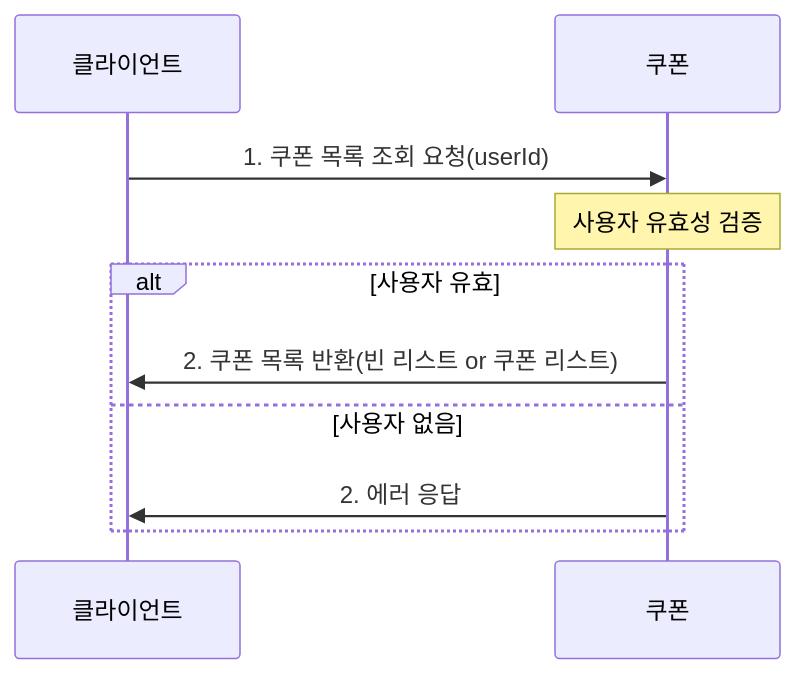
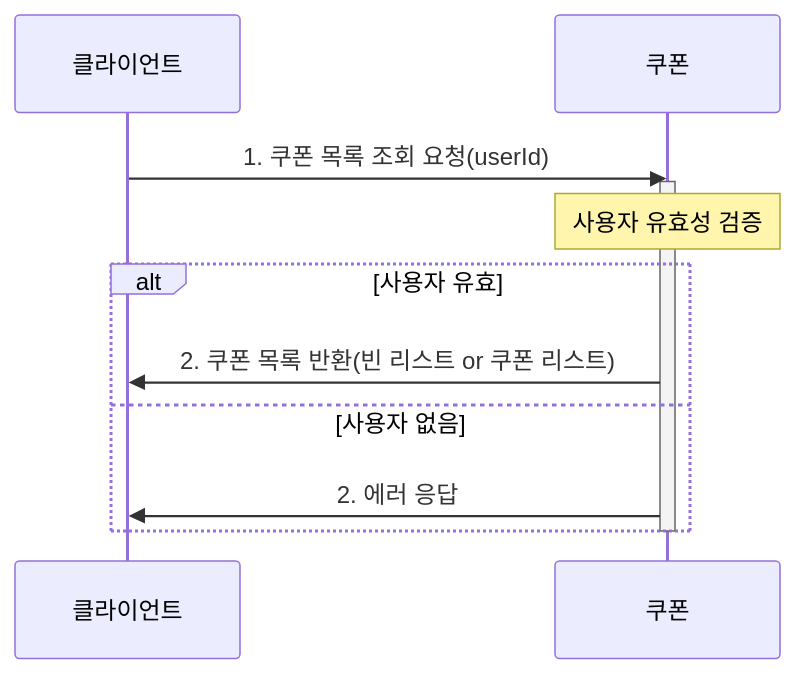
One commit to ynyejn/e-commerce changed the eighth of 9 diagrams in README.md. Above: the diagram before and after it, drawn with Mermaid. The commit also changed other lines of this file and 9 other files, not shown here.

````diff
--- a/README.md
+++ b/README.md
@@ -269,14 +213,16 @@
 ```mermaid
 sequenceDiagram
     participant Client as 클라이언트
     participant CouponSystem as 쿠폰
-    
+
     Client->>CouponSystem: 1. 쿠폰 목록 조회 요청(userId)
+    activate CouponSystem
     Note over CouponSystem: 사용자 유효성 검증
-    
+
     alt 사용자 유효
         CouponSystem->>Client: 2. 쿠폰 목록 반환(빈 리스트 or 쿠폰 리스트)
     else 사용자 없음
         CouponSystem->>Client: 2. 에러 응답
     end
+    deactivate CouponSystem
 ```
````
